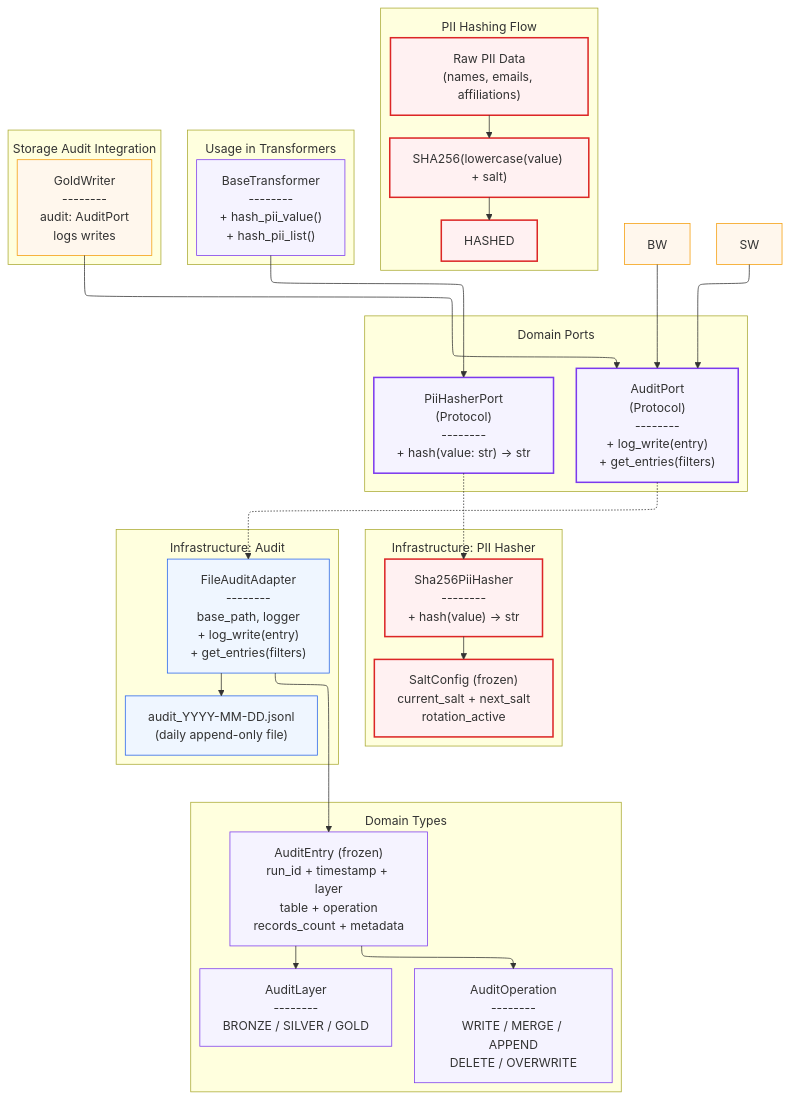
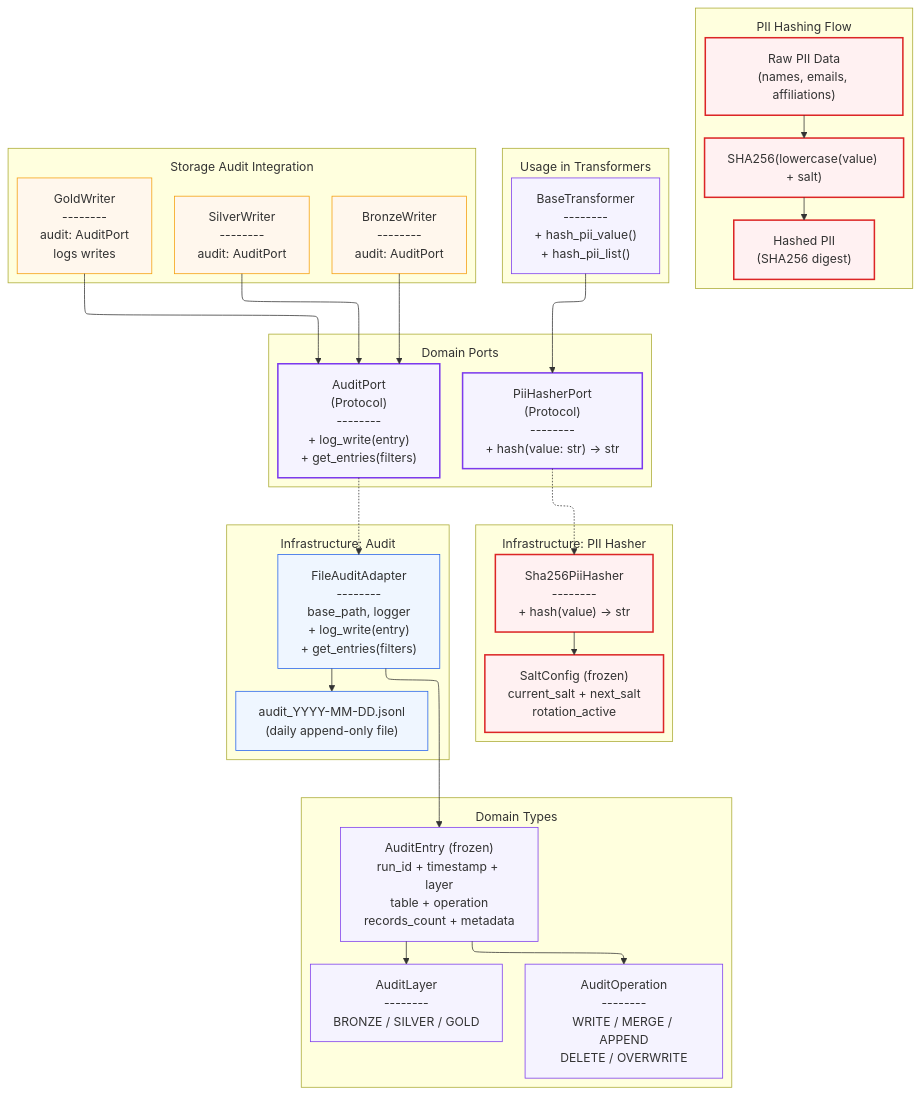
Before and after one commit to SatoryKono/BioactivityDataAcquisition: the diagram in docs/02-architecture/diagrams/architecture/17-security-pii-audit.mmd, drawn with Mermaid. The commit also changed 19 other files, not shown here.

```diff
--- a/docs/02-architecture/diagrams/architecture/17-security-pii-audit.mmd
+++ b/docs/02-architecture/diagrams/architecture/17-security-pii-audit.mmd
@@ -1,90 +1,93 @@
 %% BioETL — Security, PII Hashing, and Audit Trail
 %% Shows how PII is handled and audit trail is maintained.
 
 %% @version 1.0.0
 %% @date    2026-07-31
 %% @type    flowchart
 %% @level   System / Component
 %% @nodes   16
 %% @allow-polyline-routing
 %% @uniform width=312 height=216 max_title_len=31 max_desc_lines=10
 
 %%{init: {
   'flowchart': {
     'subGraphTitleMargin': { 'top': 12, 'bottom': 12 }
   },
   'layout': 'elk',
   'elk': {
     'mergeEdges': true,
     'nodePlacementStrategy': 'BRANDES_KOEPF',
     'edgeRouting': 'ORTHOGONAL'
   }
 }}%%
 graph TB
     subgraph Ports["Domain Ports"]
         PHP["PiiHasherPort<br/>(Protocol)<br/>--------<br/>+ hash(value: str) -> str"]:::size-md
         AP["AuditPort<br/>(Protocol)<br/>--------<br/>+ log_write(entry)<br/>+ get_entries(filters)"]:::size-md
     end
 
     subgraph DomainTypes["Domain Types"]
         AE["AuditEntry (frozen)<br/>run_id + timestamp + layer<br/>table + operation<br/>records_count + metadata"]:::size-md
         AL["AuditLayer<br/>--------<br/>BRONZE / SILVER / GOLD"]:::size-sm
         AO["AuditOperation<br/>--------<br/>WRITE / MERGE / APPEND<br/>DELETE / OVERWRITE"]:::size-sm
     end
 
     subgraph PIIFlow["PII Hashing Flow"]
         RAW_PII["Raw PII Data<br/>(names, emails, affiliations)"]:::size-md
         HASH_FN["SHA256(lowercase(value) + salt)"]:::size-sm
+        HASHED["Hashed PII<br/>(SHA256 digest)"]:::size-sm
         RAW_PII --> HASH_FN --> HASHED
     end
 
     subgraph InfraPII["Infrastructure: PII Hasher"]
         SPH["Sha256PiiHasher<br/>--------<br/>+ hash(value) -> str"]:::size-md
         SC["SaltConfig (frozen)<br/>current_salt + next_salt<br/>rotation_active"]:::size-md
     end
 
     subgraph InfraAudit["Infrastructure: Audit"]
         FAA["FileAuditAdapter<br/>--------<br/>base_path, logger<br/>+ log_write(entry)<br/>+ get_entries(filters)"]:::size-md
         JSONL["audit_YYYY-MM-DD.jsonl<br/>(daily append-only file)"]:::size-sm
     end
 
     subgraph Usage["Usage in Transformers"]
         BT["BaseTransformer<br/>--------<br/>+ hash_pii_value()<br/>+ hash_pii_list()"]:::size-md
     end
 
     subgraph StorageAudit["Storage Audit Integration"]
+        BW["BronzeWriter<br/>--------<br/>audit: AuditPort"]:::size-md
+        SW["SilverWriter<br/>--------<br/>audit: AuditPort"]:::size-md
         GW["GoldWriter<br/>--------<br/>audit: AuditPort<br/>logs writes"]:::size-md
     end
 
     %% Port implementations
     PHP -.-> SPH
     AP -.-> FAA
 
     %% PII composition
     SPH --> SC
 
     %% Audit storage
     FAA --> JSONL
 
     %% Usage
     BT --> PHP
     BW & SW & GW --> AP
 
     %% Domain types
     FAA --> AE
     AE --> AL
     AE --> AO
 
     classDef port fill:#f5f3ff,stroke:#7c3aed,stroke-width:2px
     classDef domain fill:#f5f3ff,stroke:#7c3aed
     classDef pii fill:#fff1f2,stroke:#dc2626,stroke-width:2px
     classDef audit fill:#eff6ff,stroke:#2563eb
     classDef storage fill:#fff7ed,stroke:#f59e0b
     classDef usage fill:#f5f3ff,stroke:#7c3aed
 
     class PHP,AP port
     class AE,AL,AO domain
     class RAW_PII,HASH_FN,HASHED,SPH,SC pii
     class FAA,JSONL audit
     class BW,SW,GW storage
     class BT usage
```
